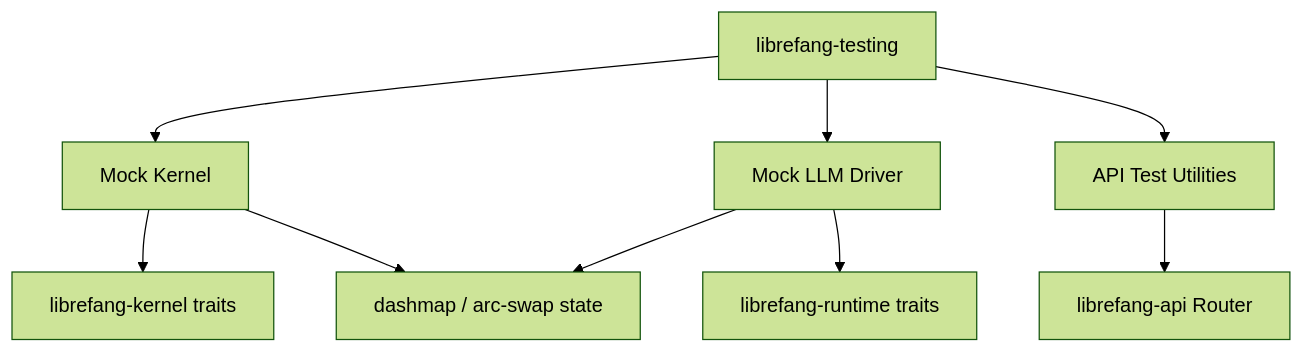
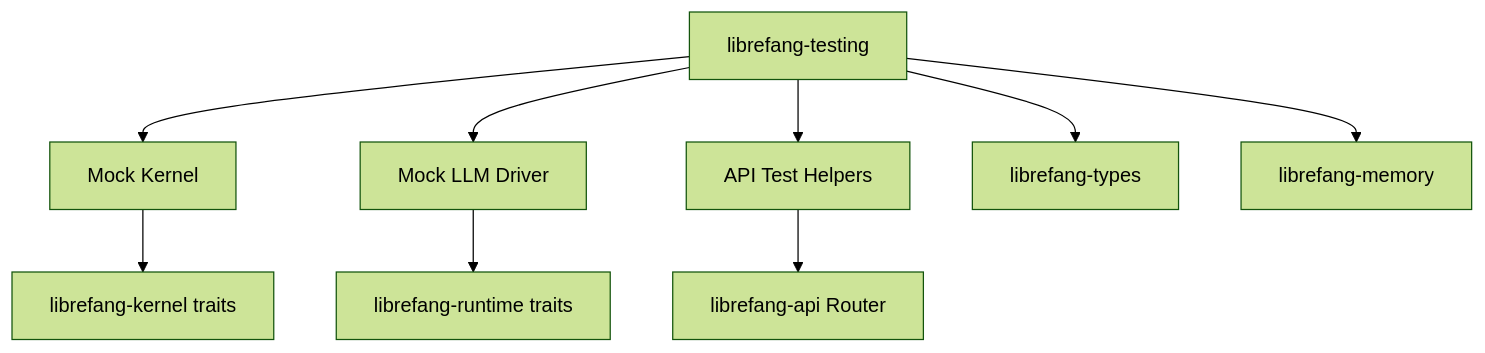
Before and after one commit to leszek3737/librefang-WIki: the diagram in other-librefang-testing.md, drawn with Mermaid (forest theme). The commit also changed other lines of this file and 110 other files, not shown here.

````diff
--- a/other-librefang-testing.md
+++ b/other-librefang-testing.md
@@ -38,11 +21,11 @@
 ```mermaid
 graph TD
     A[librefang-testing] --> B[Mock Kernel]
     A --> C[Mock LLM Driver]
-    A --> D[API Test Utilities]
+    A --> D[API Test Helpers]
     B --> E[librefang-kernel traits]
     C --> F[librefang-runtime traits]
     D --> G[librefang-api Router]
-    B --> H[dashmap / arc-swap state]
-    C --> H
+    A --> H[librefang-types]
+    A --> I[librefang-memory]
 ```
````
